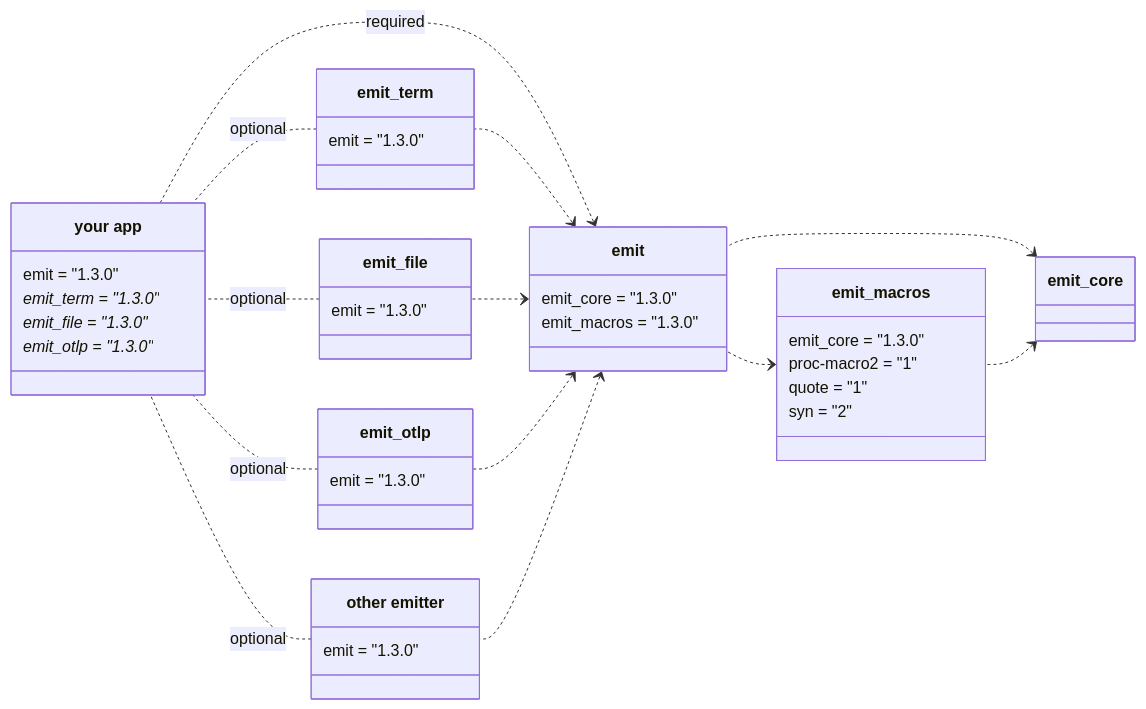
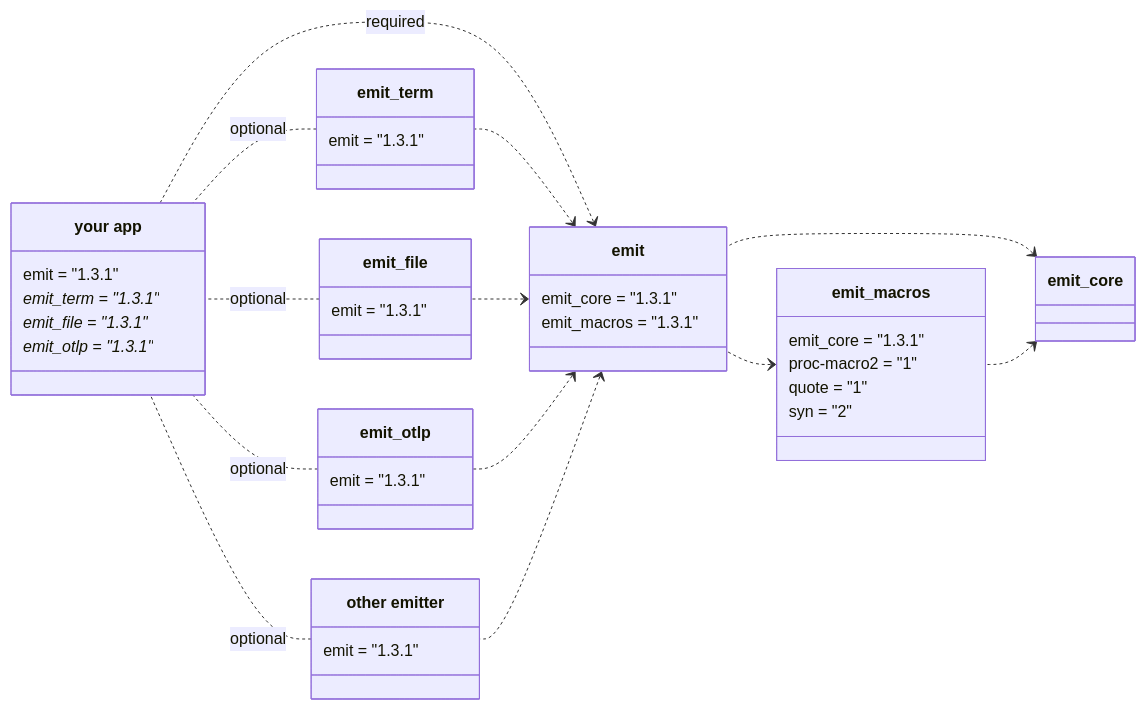
One commit to emit-rs/emit changed the first of 5 diagrams in book/src/reference/architecture.md. Above: the diagram before and after it, drawn with Mermaid. The commit also changed other lines of this file and 60 other files, not shown here.

````diff
--- a/book/src/reference/architecture.md
+++ b/book/src/reference/architecture.md
@@ -9,62 +9,62 @@
 ```mermaid
 classDiagram
     direction RL
     
     emit_core <.. emit_macros
     emit_core <.. emit
     emit_macros <.. emit
 
     class emit_macros {
-        emit_core = "1.3.0"
+        emit_core = "1.3.1"
         proc-macro2 = "1"
         quote = "1"
         syn = "2"
     }
 
     emit <.. emit_term
     emit <.. emit_file
     emit <.. emit_otlp
     emit <.. emit_custom
 
     emit <.. app : required
 
     class emit {
-        emit_core = "1.3.0"
-        emit_macros = "1.3.0"
+        emit_core = "1.3.1"
+        emit_macros = "1.3.1"
     }
 
     emit_term .. app : optional
     emit_file .. app : optional
     emit_otlp .. app : optional
     emit_custom .. app : optional
 
     class emit_term {
-        emit = "1.3.0"
+        emit = "1.3.1"
     }
 
     class emit_file {
-        emit = "1.3.0"
+        emit = "1.3.1"
     }
 
     class emit_otlp {
-        emit = "1.3.0"
+        emit = "1.3.1"
     }
 
     class emit_custom["other emitter"] {
-        emit = "1.3.0"
+        emit = "1.3.1"
     }
 
     class app["your app"] {
-        emit = "1.3.0"
-        emit_term = "1.3.0"*
-        emit_file = "1.3.0"*
-        emit_otlp = "1.3.0"*
+        emit = "1.3.1"
+        emit_term = "1.3.1"*
+        emit_file = "1.3.1"*
+        emit_otlp = "1.3.1"*
     }
 
-    click emit_core href "https://docs.rs/emit_core/1.3.0/emit_core/index.html"
-    click emit_macros href "https://docs.rs/emit_macros/1.3.0/emit_macros/index.html"
-    click emit href "https://docs.rs/emit/1.3.0/emit/index.html"
-    click emit_term href "https://docs.rs/emit_term/1.3.0/emit_term/index.html"
-    click emit_file href "https://docs.rs/emit_file/1.3.0/emit_file/index.html"
-    click emit_otlp href "https://docs.rs/emit_otlp/1.3.0/emit_otlp/index.html"
+    click emit_core href "https://docs.rs/emit_core/1.3.1/emit_core/index.html"
+    click emit_macros href "https://docs.rs/emit_macros/1.3.1/emit_macros/index.html"
+    click emit href "https://docs.rs/emit/1.3.1/emit/index.html"
+    click emit_term href "https://docs.rs/emit_term/1.3.1/emit_term/index.html"
+    click emit_file href "https://docs.rs/emit_file/1.3.1/emit_file/index.html"
+    click emit_otlp href "https://docs.rs/emit_otlp/1.3.1/emit_otlp/index.html"
 ```
````
